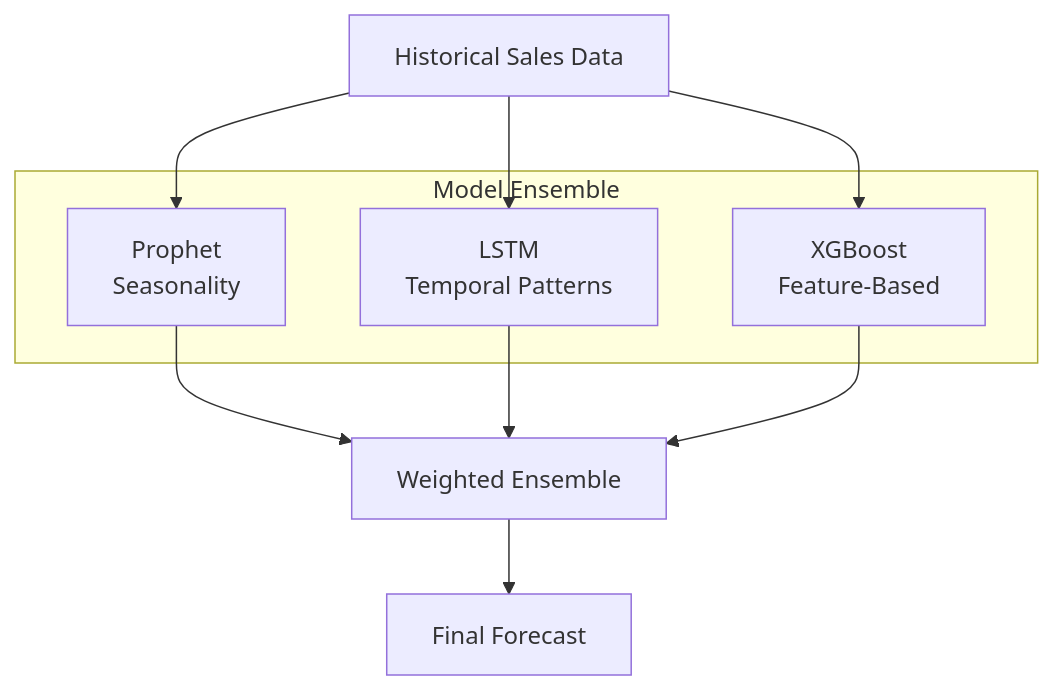
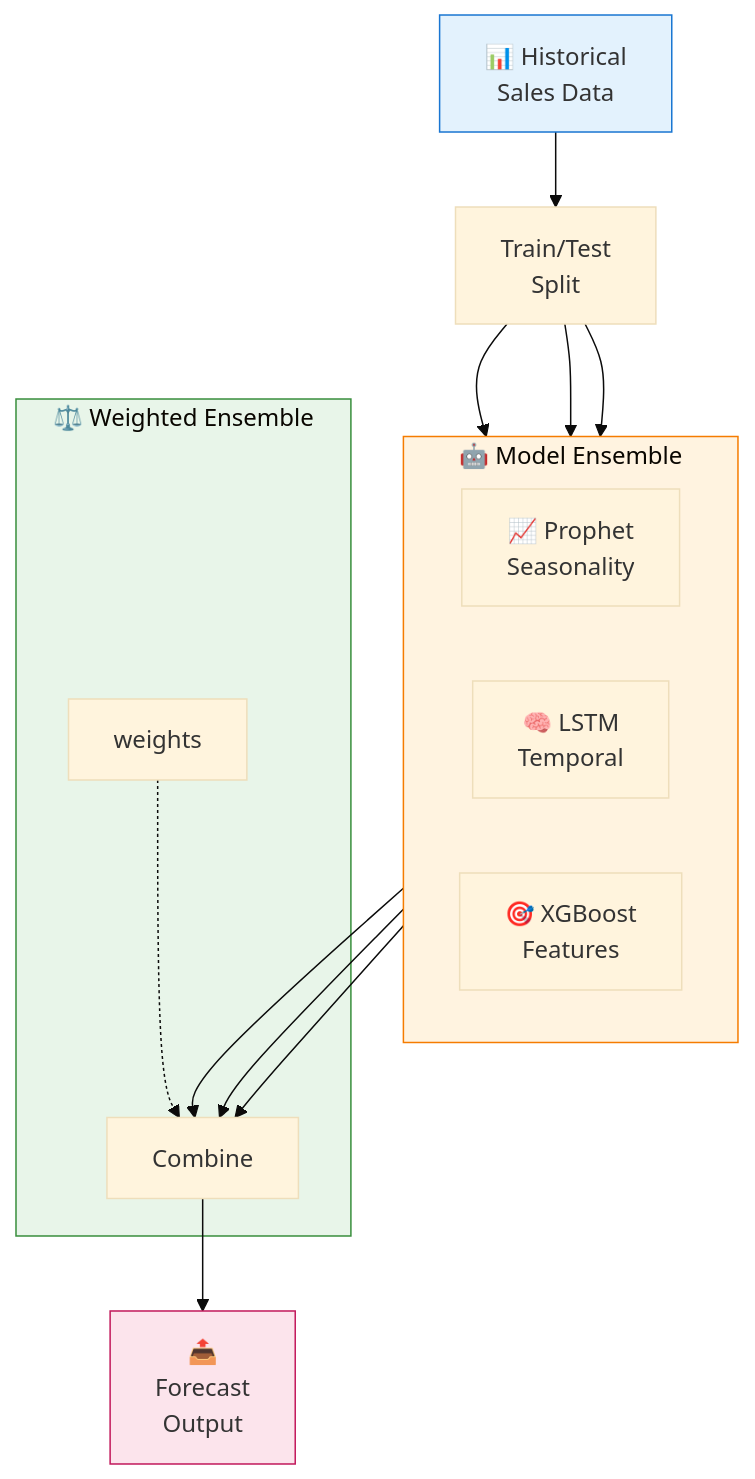
One commit to project-merlin-00/cysmic-fuel-forecasting changed the third of 5 diagrams in docs/architecture.md. Above: the diagram before and after it, drawn with Mermaid. The commit also changed other lines of this file, not shown here.

Commit message:
Update architecture diagrams with styled Mermaid

````diff
--- a/docs/architecture.md
+++ b/docs/architecture.md
@@ -110,23 +83,33 @@
 ```mermaid
+%%{init: {'theme': 'base'}}%%
 flowchart TB
-    Input[Historical Sales Data]
+    Input[📊 Historical<br/>Sales Data] --> Split[Train/Test<br/>Split]
     
-    subgraph "Model Ensemble"
-        Prophet[Prophet<br/>Seasonality]
-        LSTM[LSTM<br/>Temporal Patterns]
-        XGB[XGBoost<br/>Feature-Based]
+    subgraph Models["🤖 Model Ensemble"]
+        direction LR
+        Prophet[📈 Prophet<br/>Seasonality]
+        LSTM[🧠 LSTM<br/>Temporal]
+        XGB[🎯 XGBoost<br/>Features]
     end
     
-    Ensemble[Weighted Ensemble]
-    Output[Final Forecast]
+    Split --> Prophet
+    Split --> LSTM
+    Split --> XGB
     
-    Input --> Prophet
-    Input --> LSTM
-    Input --> XGB
+    subgraph Ensemble["⚖️ Weighted Ensemble"]
+        Weights[ weights]
+        Combine[Combine]
+    end
     
-    Prophet --> Ensemble
-    LSTM --> Ensemble
-    XGB --> Ensemble
+    Prophet --> Combine
+    LSTM --> Combine
+    XGB --> Combine
+    Weights -.-> Combine
     
-    Ensemble --> Output
+    Combine --> Output[📤<br/>Forecast<br/>Output]
+    
+    style Input fill:#e3f2fd,stroke:#1976d2
+    style Models fill:#fff3e0,stroke:#f57c00
+    style Ensemble fill:#e8f5e9,stroke:#388e3c
+    style Output fill:#fce4ec,stroke:#c2185b
 ```
````
